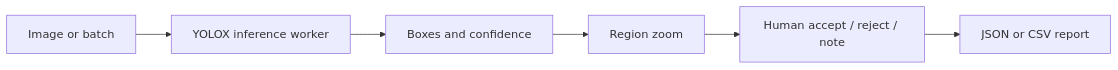
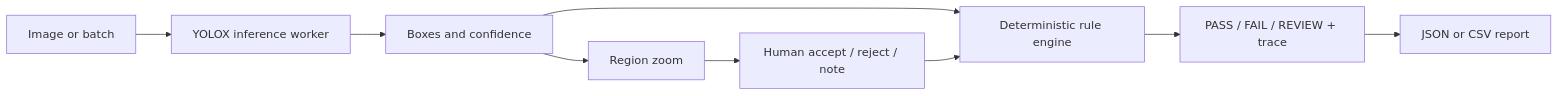
The diagram in README.md (ibrohimgets/visual-inspection-studio), drawn with Mermaid before and after one commit. The commit also changed other lines of this file and 12 other files, not shown here.

Commit message:
Add deterministic inspection rule engine

````diff
--- a/README.md
+++ b/README.md
@@ -34,8 +35,11 @@
 ```mermaid
 flowchart LR
   A[Image or batch] --> B[YOLOX inference worker]
   B --> C[Boxes and confidence]
-  C --> D[Region zoom]
-  D --> E[Human accept / reject / note]
-  E --> F[JSON or CSV report]
+  C --> D[Deterministic rule engine]
+  C --> E[Region zoom]
+  E --> F[Human accept / reject / note]
+  F --> D
+  D --> G[PASS / FAIL / REVIEW + trace]
+  G --> H[JSON or CSV report]
 ```
````
